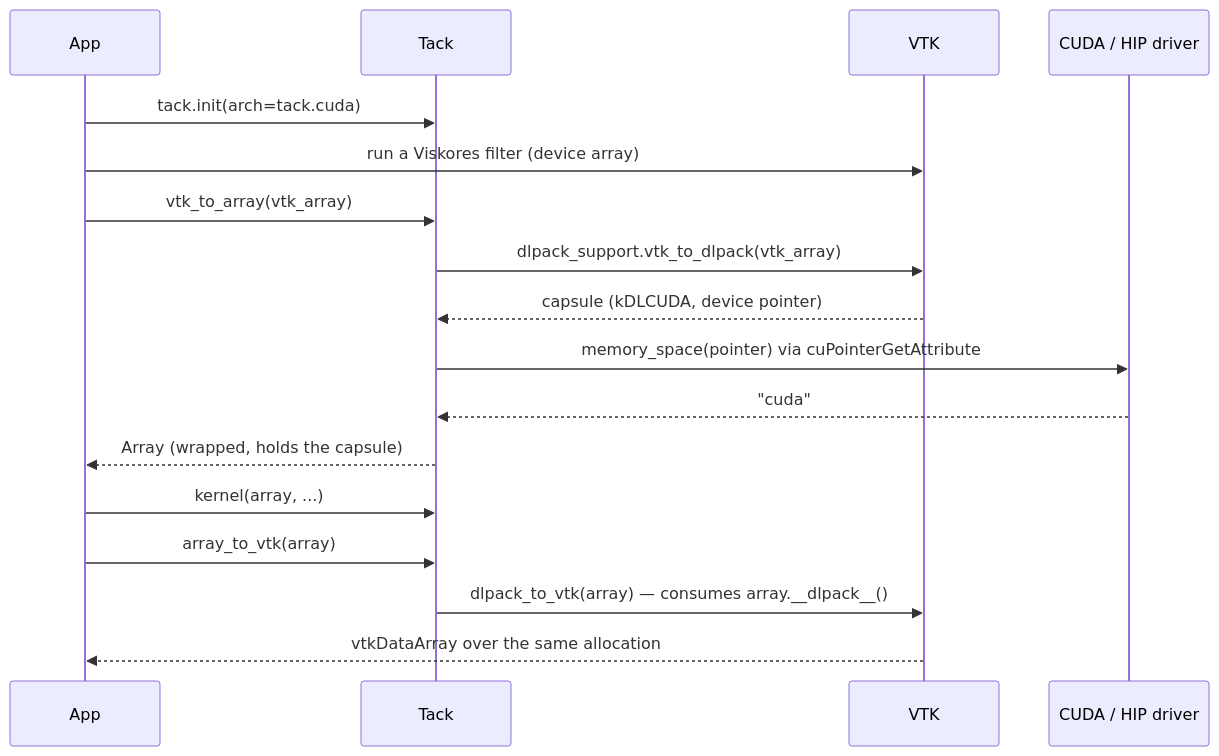
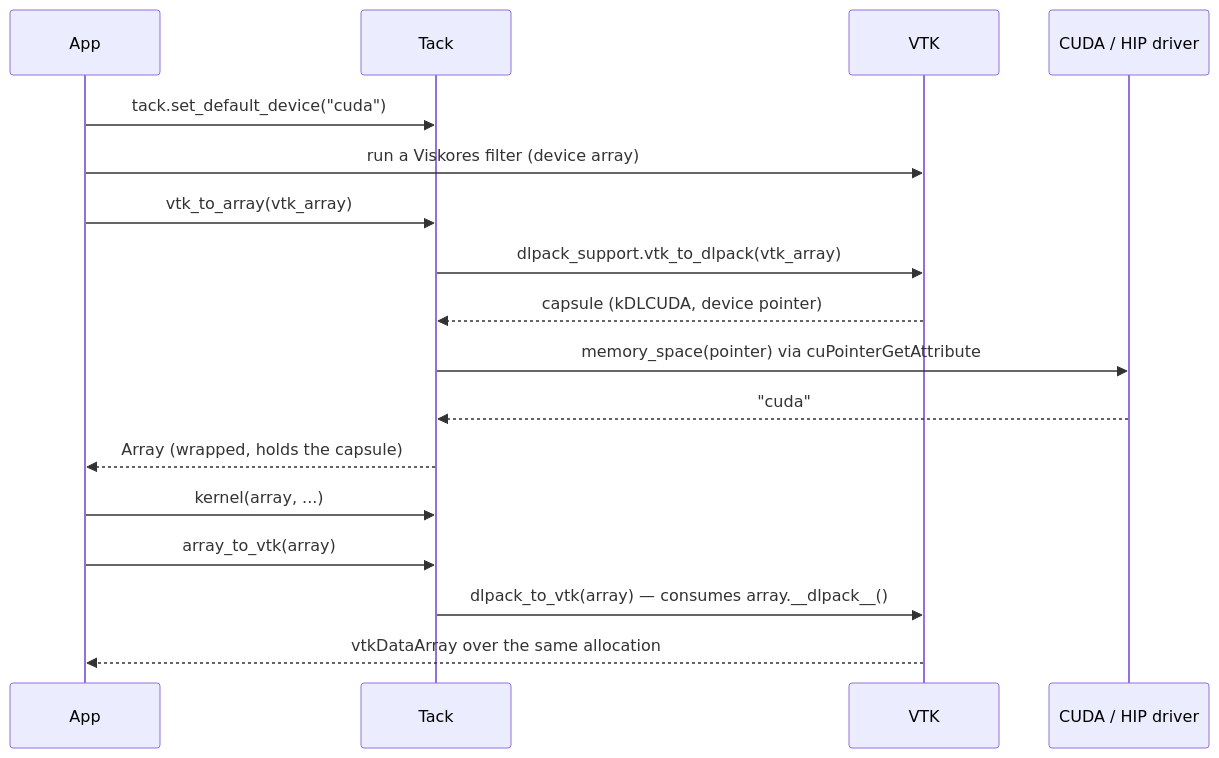
One commit to berkgeveci/tack changed the first of 2 diagrams in docs/design/interoperability.md. Above: the diagram before and after it, drawn with Mermaid. The commit also changed other lines of this file and 49 other files, not shown here.

````diff
--- a/docs/design/interoperability.md
+++ b/docs/design/interoperability.md
@@ -262,19 +262,19 @@
 ```mermaid
 sequenceDiagram
     participant App
     participant Tack
     participant VTK
     participant Driver as CUDA / HIP driver
-    App->>Tack: tack.init(arch=tack.cuda)
+    App->>Tack: tack.set_default_device("cuda")
     App->>VTK: run a Viskores filter (device array)
     App->>Tack: vtk_to_array(vtk_array)
     Tack->>VTK: dlpack_support.vtk_to_dlpack(vtk_array)
     VTK-->>Tack: capsule (kDLCUDA, device pointer)
     Tack->>Driver: memory_space(pointer) via cuPointerGetAttribute
     Driver-->>Tack: "cuda"
     Tack-->>App: Array (wrapped, holds the capsule)
     App->>Tack: kernel(array, ...)
     App->>Tack: array_to_vtk(array)
     Tack->>VTK: dlpack_to_vtk(array) — consumes array.__dlpack__()
     VTK-->>App: vtkDataArray over the same allocation
 ```
````
